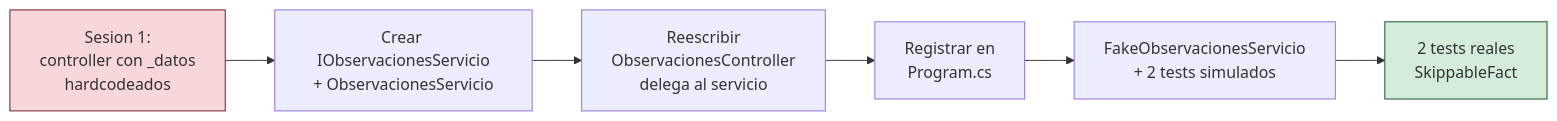
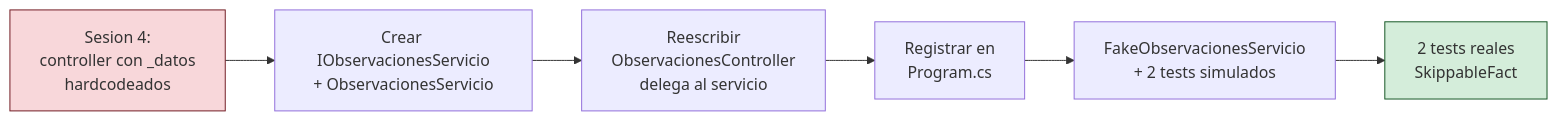
The third of 4 diagrams in curso-normalizacion/por-publicar/02-dotnet/sesiones/sesion-05-servicios-oracle/index.md (fgtortosa/cursos-2026), drawn with Mermaid before and after one commit. The commit also changed other lines of this file and 212 other files, not shown here.

````diff
--- a/curso-normalizacion/por-publicar/02-dotnet/sesiones/sesion-05-servicios-oracle/index.md
+++ b/curso-normalizacion/por-publicar/02-dotnet/sesiones/sesion-05-servicios-oracle/index.md
@@ -797,11 +827,11 @@
 ```mermaid
 flowchart LR
-    A[Sesion 1:<br/>controller con _datos<br/>hardcodeados] --> B[Crear IObservacionesServicio<br/>+ ObservacionesServicio]
+    A[Sesion 4:<br/>controller con _datos<br/>hardcodeados] --> B[Crear IObservacionesServicio<br/>+ ObservacionesServicio]
     B --> C[Reescribir<br/>ObservacionesController<br/>delega al servicio]
     C --> D[Registrar en<br/>Program.cs]
     D --> E[FakeObservacionesServicio<br/>+ 2 tests simulados]
     E --> F[2 tests reales<br/>SkippableFact]
 
     style A fill:#f8d7da,stroke:#721c24
     style F fill:#d4edda,stroke:#155724
 ```
````
